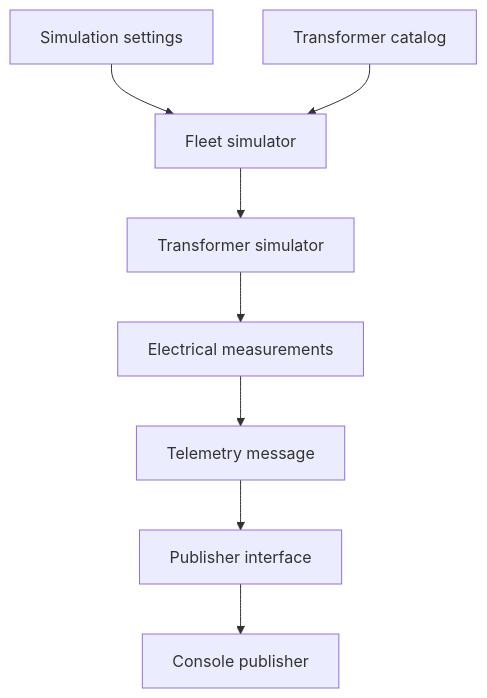
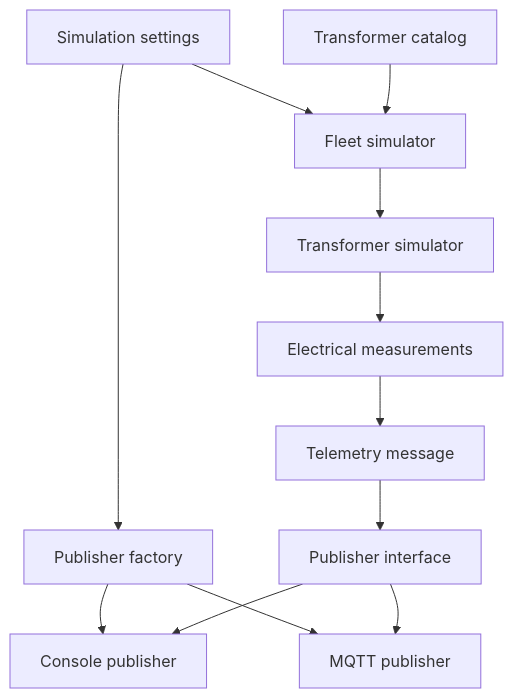
The first of 2 diagrams in docs/simulator.md (Nazar-Pichak/power-grid-telemetry-monitor), drawn with Mermaid before and after one commit. The commit also changed other lines of this file, not shown here.

````diff
--- a/docs/simulator.md
+++ b/docs/simulator.md
@@ -167,19 +167,25 @@
 ```mermaid
 flowchart TD
     Settings["Simulation settings"]
     Catalog["Transformer catalog"]
     Fleet["Fleet simulator"]
     Device["Transformer simulator"]
     Measurements["Electrical measurements"]
     Message["Telemetry message"]
     Publisher["Publisher interface"]
+    Factory["Publisher factory"]
     Console["Console publisher"]
+    MQTT["MQTT publisher"]
 
     Settings --> Fleet
     Catalog --> Fleet
     Fleet --> Device
     Device --> Measurements
     Measurements --> Message
     Message --> Publisher
+    Settings --> Factory
+    Factory --> Console
+    Factory --> MQTT
     Publisher --> Console
+    Publisher --> MQTT
 ```
````
